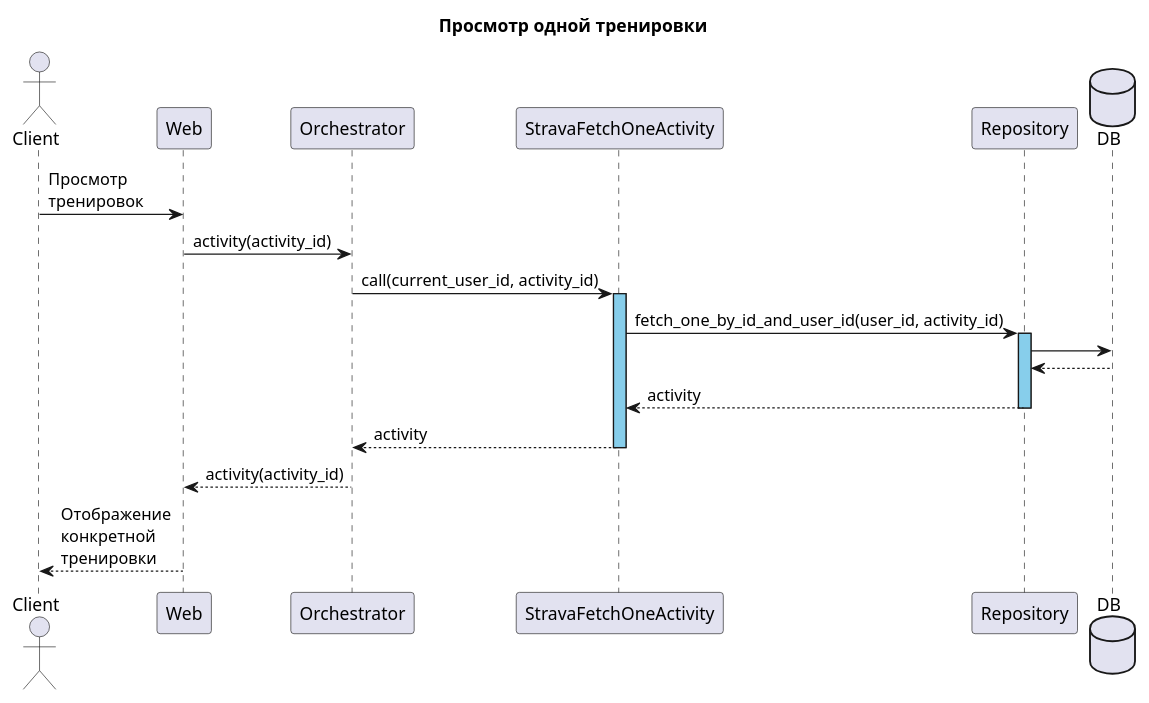
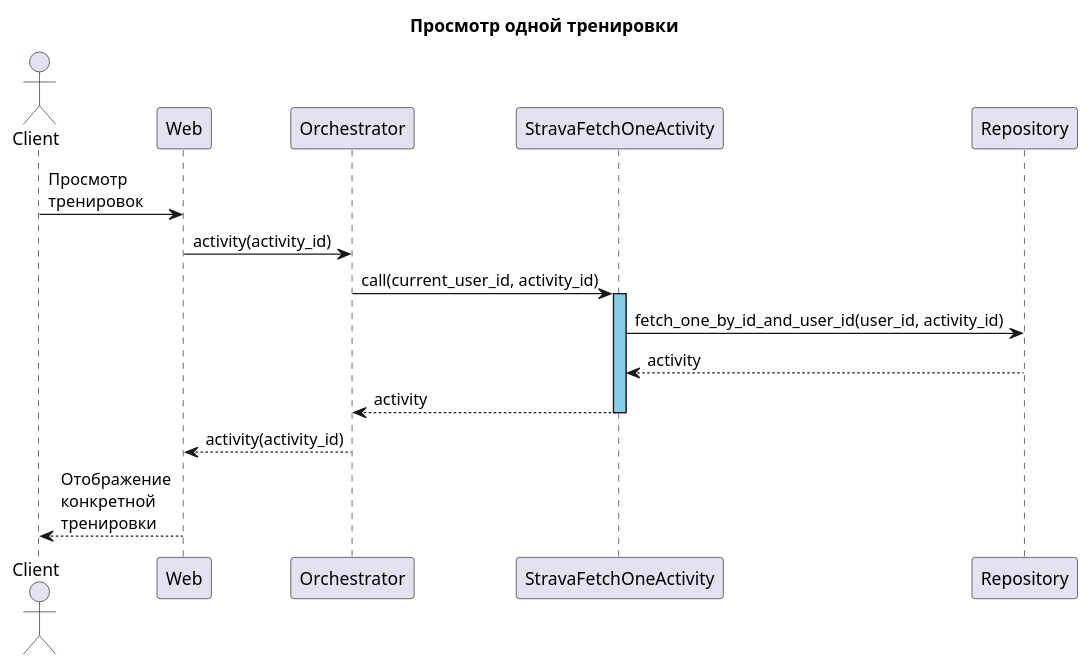
One commit to VadimBarinov/strava-activity-ui changed the diagram in diagrams/sequence_activitiy.puml. Above: the diagram before and after it, drawn with PlantUML. The commit also changed 4 other files, not shown here.

Commit message:
update all sequences

```diff
--- a/diagrams/sequence_activitiy.puml
+++ b/diagrams/sequence_activitiy.puml
@@ -1,24 +1,21 @@
 @startuml
 
 title Просмотр одной тренировки
 
 actor Client
 participant Web
 participant Orchestrator
 participant StravaFetchOneActivity
 participant Repository
-database DB 
 
 Client -> Web : Просмотр \nтренировок
 Web -> Orchestrator : activity(activity_id)
 Orchestrator -> StravaFetchOneActivity ++ #SkyBlue : call(current_user_id, activity_id)
-StravaFetchOneActivity -> Repository ++ #SkyBlue : fetch_one_by_id_and_user_id(user_id, activity_id)
-Repository -> DB
-Repository <-- DB
-StravaFetchOneActivity <-- Repository -- : activity
+StravaFetchOneActivity -> Repository : fetch_one_by_id_and_user_id(user_id, activity_id)
+StravaFetchOneActivity <-- Repository : activity
 Orchestrator <-- StravaFetchOneActivity -- : activity
 
 Web <-- Orchestrator : activity(activity_id)
 Client <-- Web : Отображение \nконкретной \nтренировки
 
 @enduml
```
